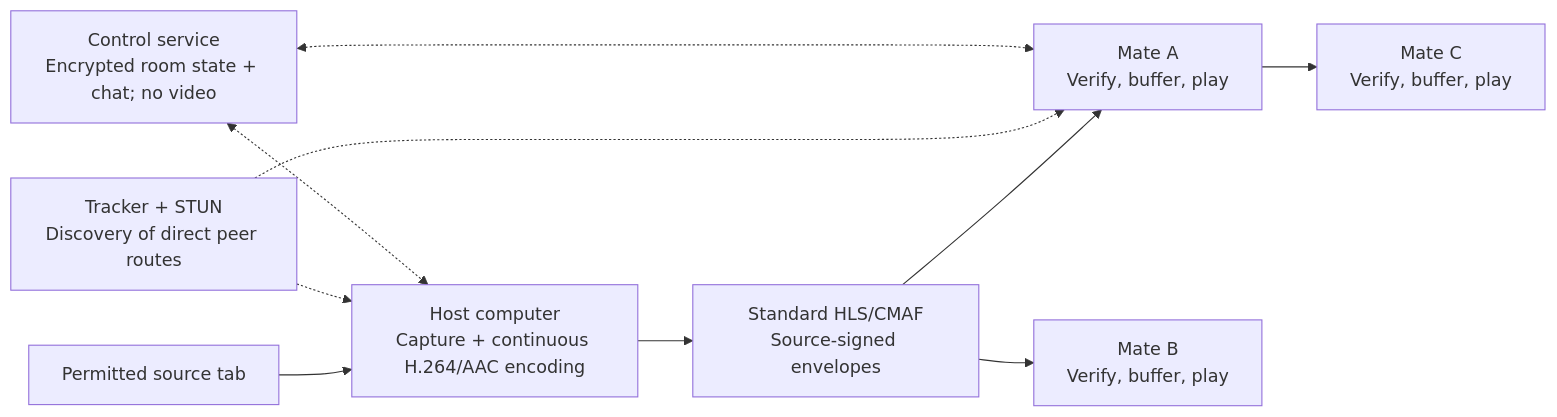
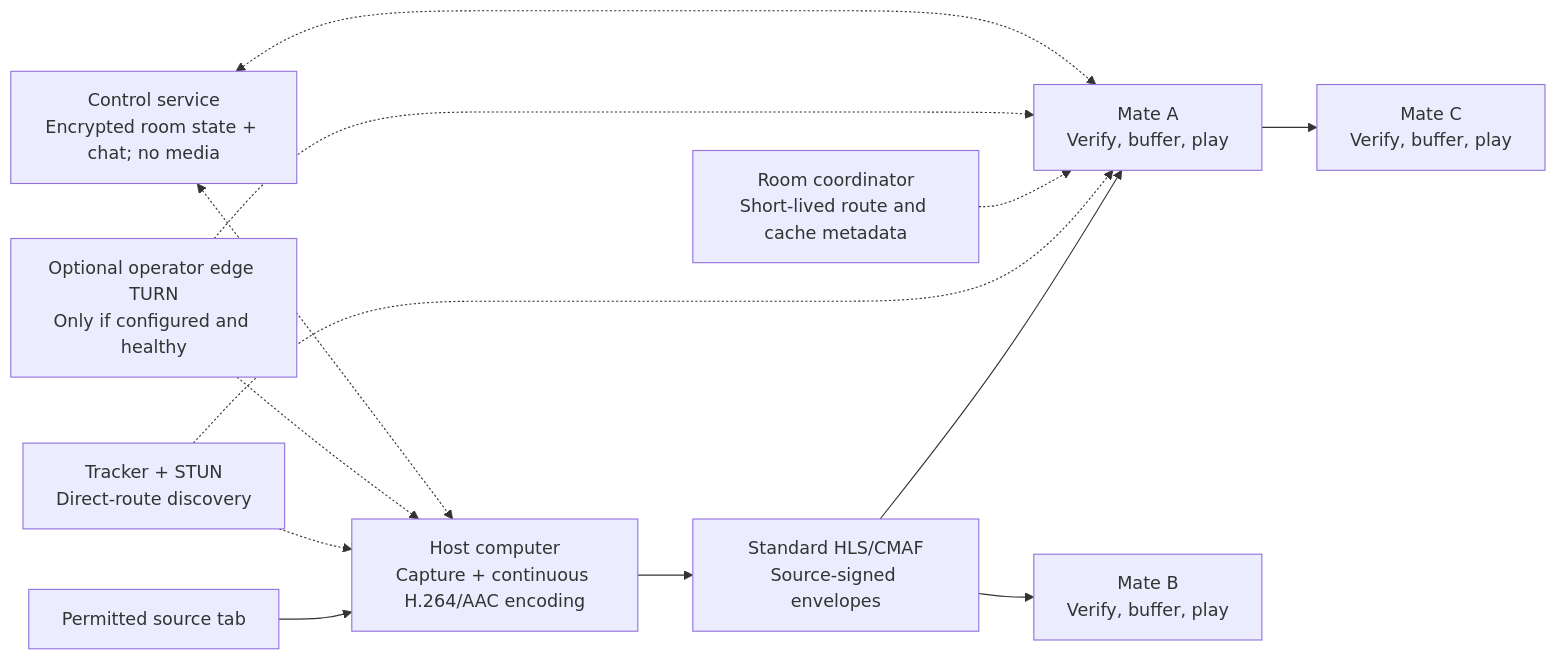
One commit to ezzye/same-end changed the diagram in README.md. Above: the diagram before and after it, drawn with Mermaid. The commit also changed other lines of this file and 43 other files, not shown here.

Commit message:
Add gated resilient peer media delivery and edge relay health

````diff
--- a/README.md
+++ b/README.md
@@ -59,12 +61,15 @@
 ```mermaid
 flowchart LR
   S["Permitted source tab"] --> H["Host computer<br/>Capture + continuous H.264/AAC encoding"]
   H --> P["Standard HLS/CMAF<br/>Source-signed envelopes"]
   P --> A["Mate A<br/>Verify, buffer, play"]
   P --> B["Mate B<br/>Verify, buffer, play"]
   A --> C["Mate C<br/>Verify, buffer, play"]
-  T["Tracker + STUN<br/>Discovery of direct peer routes"] -.-> H
+  T["Tracker + STUN<br/>Direct-route discovery"] -.-> H
   T -.-> A
-  R["Control service<br/>Encrypted room state + chat; no video"] <-.-> H
+  CO["Room coordinator<br/>Short-lived route and cache metadata"] -.-> A
+  EDGE["Optional operator edge TURN<br/>Only if configured and healthy"] -.-> H
+  EDGE -.-> A
+  R["Control service<br/>Encrypted room state + chat; no media"] <-.-> H
   R <-.-> A
 ```
````
